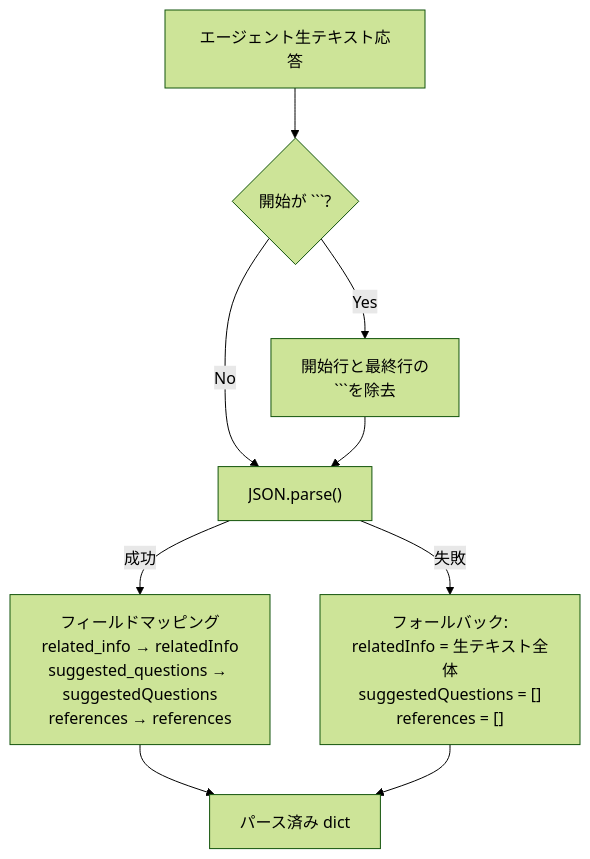
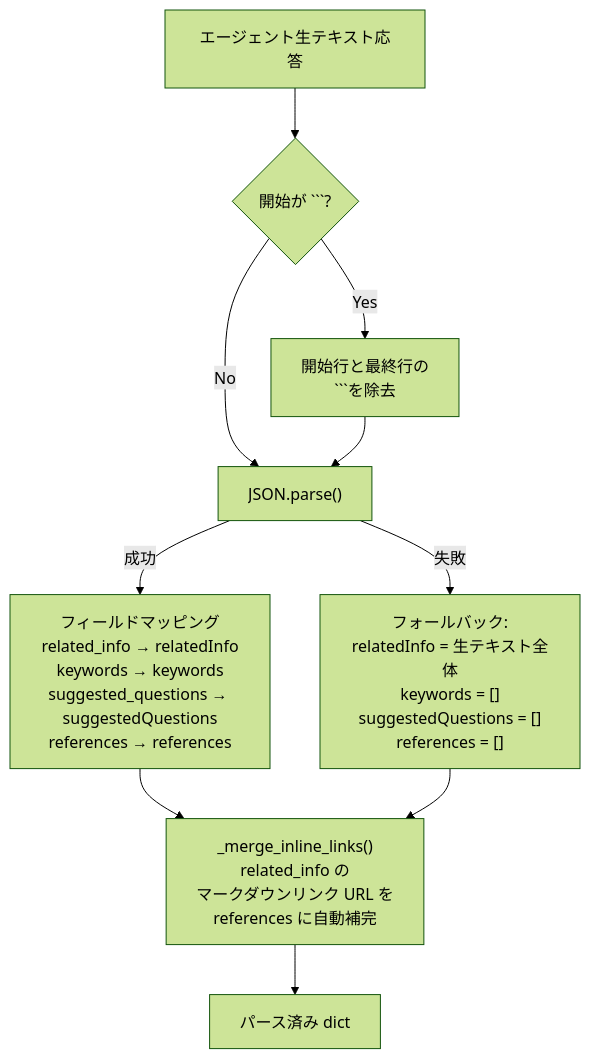
One commit to hatasaki/Interview-Assistant-AI changed diagram 13 of 22 in spec/architecture.md. Above: the diagram before and after it, drawn with Mermaid (forest theme). The commit also changed other lines of this file and 5 other files, not shown here.

Commit message:
Refactor architecture to implement role-specific Foundry Agents

````diff
--- a/spec/architecture.md
+++ b/spec/architecture.md
@@ -567,12 +686,13 @@
 ```mermaid
 flowchart TD
     RAW["エージェント生テキスト応答"]
     --> FENCE{"開始が ```?"}
     FENCE -->|Yes| STRIP["開始行と最終行の<br/>```を除去"]
     FENCE -->|No| PARSE
     STRIP --> PARSE["JSON.parse()"]
-    PARSE -->|成功| MAP["フィールドマッピング<br/>related_info → relatedInfo<br/>suggested_questions → suggestedQuestions<br/>references → references"]
-    PARSE -->|失敗| FALLBACK["フォールバック:<br/>relatedInfo = 生テキスト全体<br/>suggestedQuestions = []<br/>references = []"]
-    MAP --> RESULT["パース済み dict"]
-    FALLBACK --> RESULT
+    PARSE -->|成功| MAP["フィールドマッピング<br/>related_info → relatedInfo<br/>keywords → keywords<br/>suggested_questions → suggestedQuestions<br/>references → references"]
+    PARSE -->|失敗| FALLBACK["フォールバック:<br/>relatedInfo = 生テキスト全体<br/>keywords = []<br/>suggestedQuestions = []<br/>references = []"]
+    MAP --> MERGE["_merge_inline_links()<br/>related_info の<br/>マークダウンリンク URL を<br/>references に自動補完"]
+    FALLBACK --> MERGE
+    MERGE --> RESULT["パース済み dict"]
 ```
````
